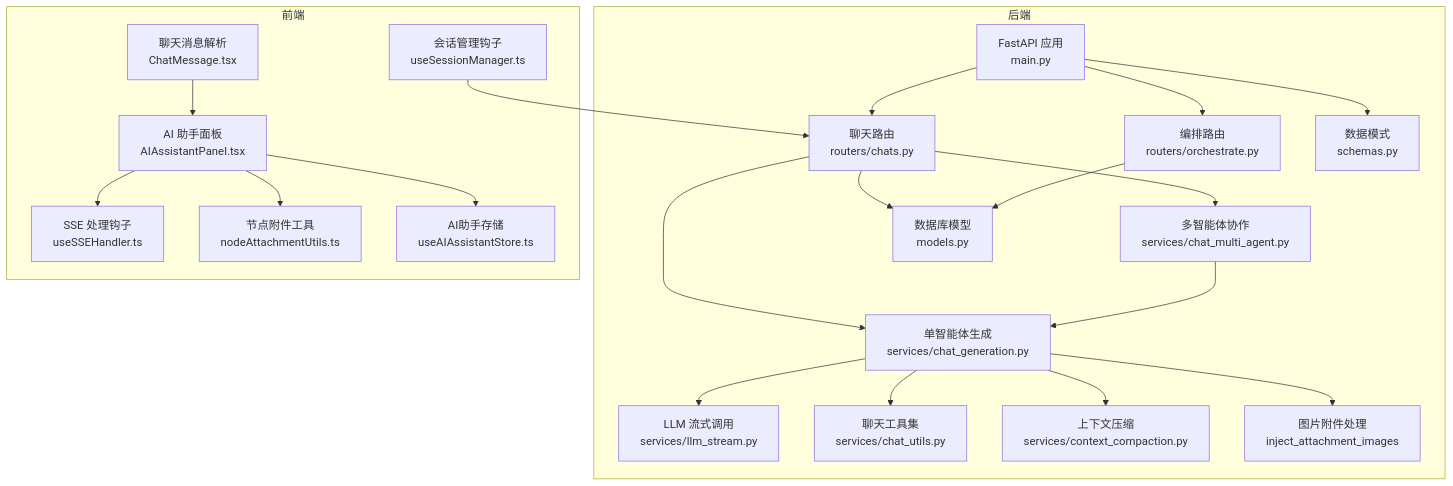
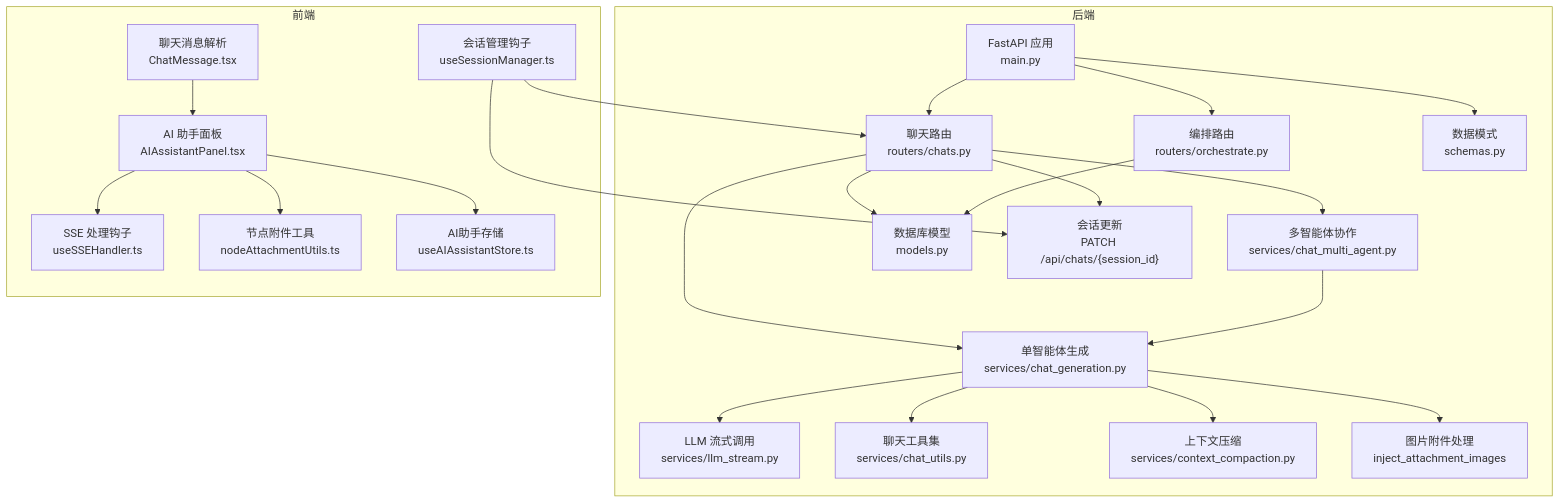
One commit to KunLabAI/KunFlix changed the first of 4 diagrams in .qoder/repowiki/zh/content/API接口文档/聊天对话接口.md. Above: the diagram before and after it, drawn with Mermaid. The commit also changed other lines of this file and 12 other files, not shown here.

````diff
--- a/.qoder/repowiki/zh/content/API接口文档/聊天对话接口.md
+++ b/.qoder/repowiki/zh/content/API接口文档/聊天对话接口.md
@@ -59,41 +61,44 @@
 ```mermaid
 graph TB
 subgraph "后端"
 A["FastAPI 应用<br/>main.py"]
 B["聊天路由<br/>routers/chats.py"]
 C["编排路由<br/>routers/orchestrate.py"]
 D["单智能体生成<br/>services/chat_generation.py"]
 E["多智能体协作<br/>services/chat_multi_agent.py"]
 F["LLM 流式调用<br/>services/llm_stream.py"]
 G["聊天工具集<br/>services/chat_utils.py"]
 H["上下文压缩<br/>services/context_compaction.py"]
 I["数据库模型<br/>models.py"]
 J["数据模式<br/>schemas.py"]
 K["图片附件处理<br/>inject_attachment_images"]
+L["会话更新<br/>PATCH /api/chats/{session_id}"]
 end
 subgraph "前端"
-L["SSE 处理钩子<br/>useSSEHandler.ts"]
-M["会话管理钩子<br/>useSessionManager.ts"]
-N["AI 助手面板<br/>AIAssistantPanel.tsx"]
-O["节点附件工具<br/>nodeAttachmentUtils.ts"]
-P["AI助手存储<br/>useAIAssistantStore.ts"]
-Q["聊天消息解析<br/>ChatMessage.tsx"]
+M["SSE 处理钩子<br/>useSSEHandler.ts"]
+N["会话管理钩子<br/>useSessionManager.ts"]
+O["AI 助手面板<br/>AIAssistantPanel.tsx"]
+P["节点附件工具<br/>nodeAttachmentUtils.ts"]
+Q["AI助手存储<br/>useAIAssistantStore.ts"]
+R["聊天消息解析<br/>ChatMessage.tsx"]
 end
 A --> B
 A --> C
 B --> D
 B --> E
+B --> L
 D --> F
 D --> G
 D --> K
 E --> D
 D --> H
 B --> I
 C --> I
 A --> J
+N --> B
 N --> L
-M --> B
-N --> O
-N --> P
-Q --> N
+O --> M
+O --> P
+O --> Q
+R --> O
 ```
````
